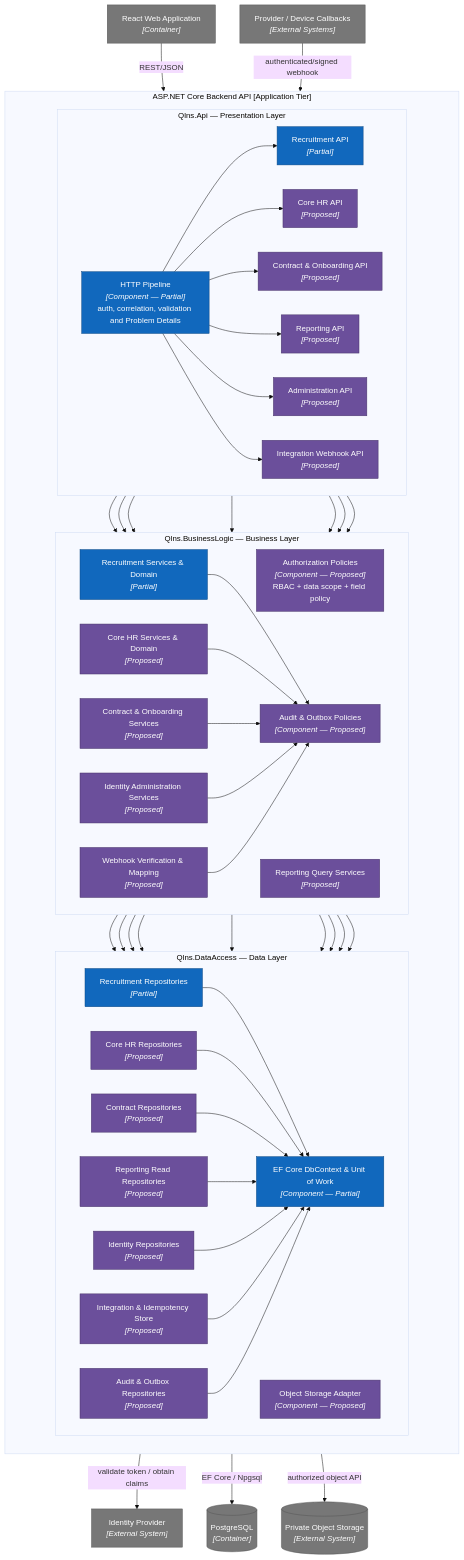
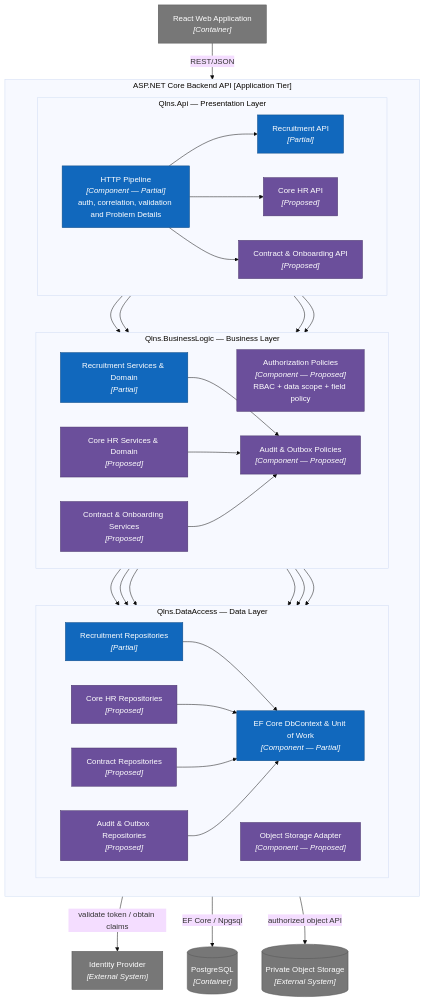
The fifth of 12 diagrams in docs/architecture.md (nvdat16/QLNS), drawn with Mermaid (base theme) before and after one commit. The commit also changed other lines of this file and 15 other files, not shown here.

````diff
--- a/docs/architecture.md
+++ b/docs/architecture.md
@@ -297,7 +275,6 @@
 ```mermaid
 flowchart TB
     web["React Web Application<br/><i>[Container]</i>"]
-    callbacks["Provider / Device Callbacks<br/><i>[External Systems]</i>"]
     idp["Identity Provider<br/><i>[External System]</i>"]
     db[("PostgreSQL<br/><i>[Container]</i>")]
     objects[("Private Object Storage<br/><i>[External System]</i>")]
@@ -311,9 +288,6 @@
             recApi["Recruitment API<br/><i>[Partial]</i>"]
             hrApi["Core HR API<br/><i>[Proposed]</i>"]
             contractApi["Contract & Onboarding API<br/><i>[Proposed]</i>"]
-            reportApi["Reporting API<br/><i>[Proposed]</i>"]
-            adminApi["Administration API<br/><i>[Proposed]</i>"]
-            webhookApi["Integration Webhook API<br/><i>[Proposed]</i>"]
         end
 
         subgraph business["Qlns.BusinessLogic — Business Layer"]
@@ -322,9 +296,6 @@
             recLogic["Recruitment Services & Domain<br/><i>[Partial]</i>"]
             hrLogic["Core HR Services & Domain<br/><i>[Proposed]</i>"]
             contractLogic["Contract & Onboarding Services<br/><i>[Proposed]</i>"]
-            reportLogic["Reporting Query Services<br/><i>[Proposed]</i>"]
-            adminLogic["Identity Administration Services<br/><i>[Proposed]</i>"]
-            integrationLogic["Webhook Verification & Mapping<br/><i>[Proposed]</i>"]
             auditOutbox["Audit & Outbox Policies<br/><i>[Component — Proposed]</i>"]
         end
 
@@ -333,9 +304,6 @@
             recRepo["Recruitment Repositories<br/><i>[Partial]</i>"]
             hrRepo["Core HR Repositories<br/><i>[Proposed]</i>"]
             contractRepo["Contract Repositories<br/><i>[Proposed]</i>"]
-            reportRepo["Reporting Read Repositories<br/><i>[Proposed]</i>"]
-            identityRepo["Identity Repositories<br/><i>[Proposed]</i>"]
-            integrationRepo["Integration & Idempotency Store<br/><i>[Proposed]</i>"]
             auditRepo["Audit & Outbox Repositories<br/><i>[Proposed]</i>"]
             uow["EF Core DbContext & Unit of Work<br/><i>[Component — Partial]</i>"]
             objectAdapter["Object Storage Adapter<br/><i>[Component — Proposed]</i>"]
@@ -343,43 +311,28 @@
     end
 
     web -->|"REST/JSON"| pipeline
-    callbacks -->|"authenticated/signed webhook"| pipeline
     pipeline -->|"validate token / obtain claims"| idp
     pipeline --> recApi
     pipeline --> hrApi
     pipeline --> contractApi
-    pipeline --> reportApi
-    pipeline --> adminApi
-    pipeline --> webhookApi
     pipeline --> authorization
 
     recApi --> recLogic
     hrApi --> hrLogic
     contractApi --> contractLogic
-    reportApi --> reportLogic
-    adminApi --> adminLogic
-    webhookApi --> integrationLogic
 
     recLogic --> recRepo
     hrLogic --> hrRepo
     contractLogic --> contractRepo
-    reportLogic --> reportRepo
-    adminLogic --> identityRepo
-    integrationLogic --> integrationRepo
 
     recLogic --> auditOutbox
     hrLogic --> auditOutbox
     contractLogic --> auditOutbox
-    adminLogic --> auditOutbox
-    integrationLogic --> auditOutbox
     auditOutbox --> auditRepo
 
     recRepo --> uow
     hrRepo --> uow
     contractRepo --> uow
-    reportRepo --> uow
-    identityRepo --> uow
-    integrationRepo --> uow
     auditRepo --> uow
     uow -->|"EF Core / Npgsql"| db
     contractLogic --> objectAdapter
@@ -390,6 +343,6 @@
     classDef proposed fill:#6b4f9b,color:#fff,stroke:#463267
     classDef external fill:#777,color:#fff,stroke:#555
     class pipeline,recApi,recLogic,recRepo,uow partial
-    class authorization,hrApi,contractApi,reportApi,adminApi,webhookApi,hrLogic,contractLogic,reportLogic,adminLogic,integrationLogic,auditOutbox,hrRepo,contractRepo,reportRepo,identityRepo,integrationRepo,auditRepo,objectAdapter proposed
-    class web,callbacks,idp,db,objects external
+    class authorization,hrApi,contractApi,hrLogic,contractLogic,auditOutbox,hrRepo,contractRepo,auditRepo,objectAdapter proposed
+    class web,idp,db,objects external
 ```
````
